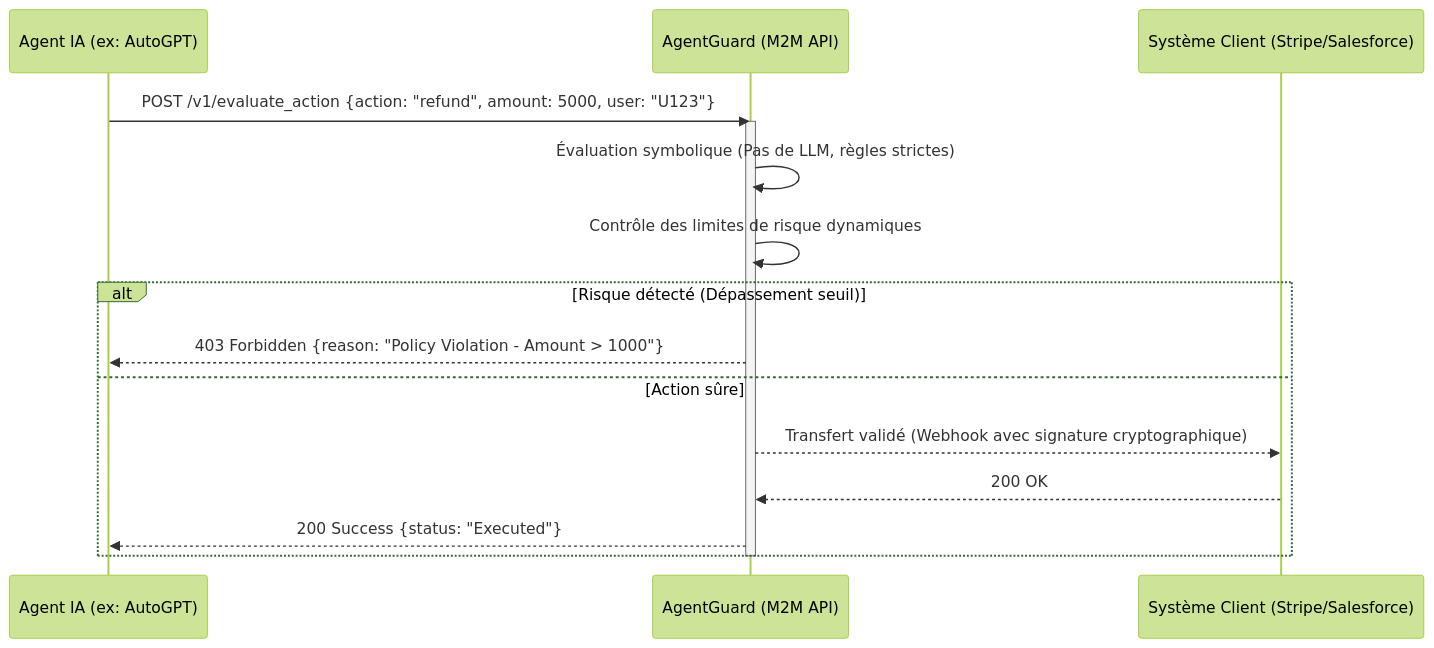
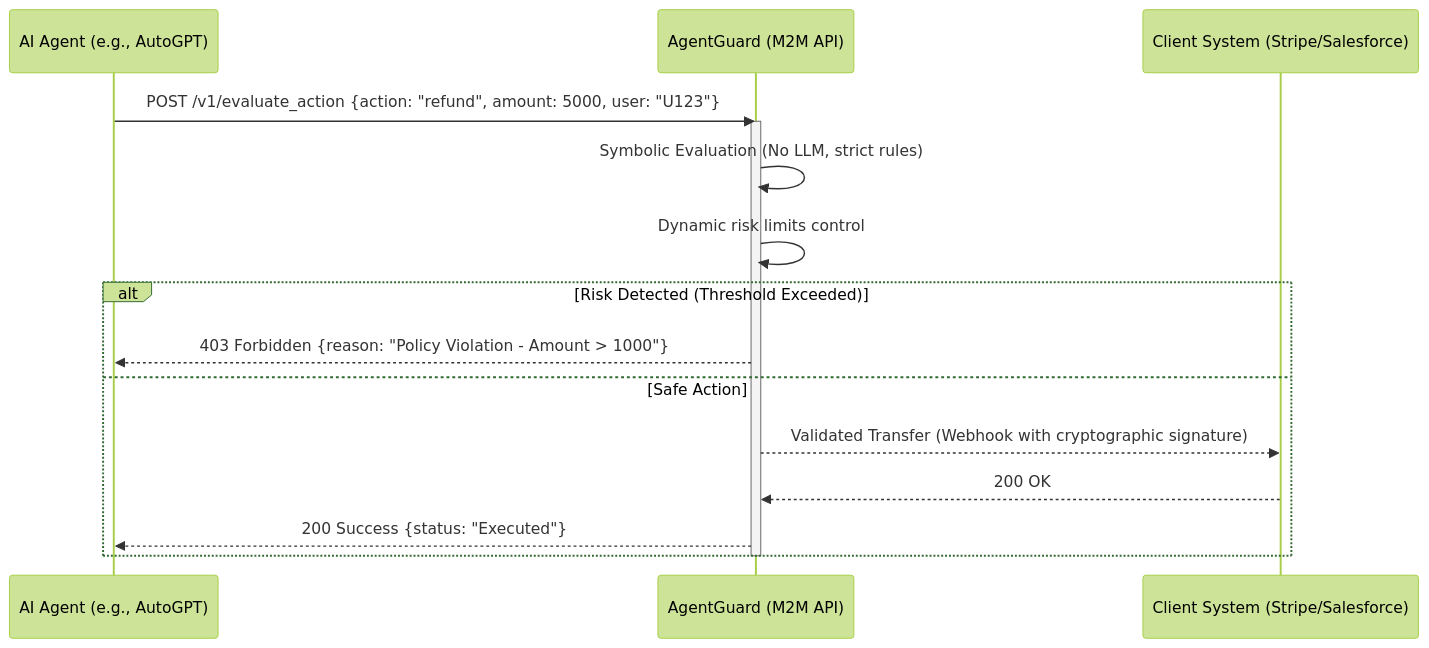
Before and after one commit to flouzzy/top-100-ai-startup-ideas: the second of 2 diagrams in ideas/agentguard/README.md, drawn with Mermaid (forest theme). The commit also changed other lines of this file and 21 other files, not shown here.

````diff
--- a/ideas/agentguard/README.md
+++ b/ideas/agentguard/README.md
@@ -42,19 +44,19 @@
 ```mermaid
 sequenceDiagram
-    participant LLM as Agent IA (ex: AutoGPT)
+    participant LLM as AI Agent (e.g., AutoGPT)
     participant AG as AgentGuard (M2M API)
-    participant ERP as Système Client (Stripe/Salesforce)
+    participant ERP as Client System (Stripe/Salesforce)
 
     LLM->>AG: POST /v1/evaluate_action {action: "refund", amount: 5000, user: "U123"}
     activate AG
-    AG->>AG: Évaluation symbolique (Pas de LLM, règles strictes)
-    AG->>AG: Contrôle des limites de risque dynamiques
-    alt Risque détecté (Dépassement seuil)
+    AG->>AG: Symbolic Evaluation (No LLM, strict rules)
+    AG->>AG: Dynamic risk limits control
+    alt Risk Detected (Threshold Exceeded)
         AG-->>LLM: 403 Forbidden {reason: "Policy Violation - Amount > 1000"}
-    else Action sûre
-        AG-->>ERP: Transfert validé (Webhook avec signature cryptographique)
+    else Safe Action
+        AG-->>ERP: Validated Transfer (Webhook with cryptographic signature)
         ERP-->>AG: 200 OK
         AG-->>LLM: 200 Success {status: "Executed"}
     end
     deactivate AG
 ```
````
